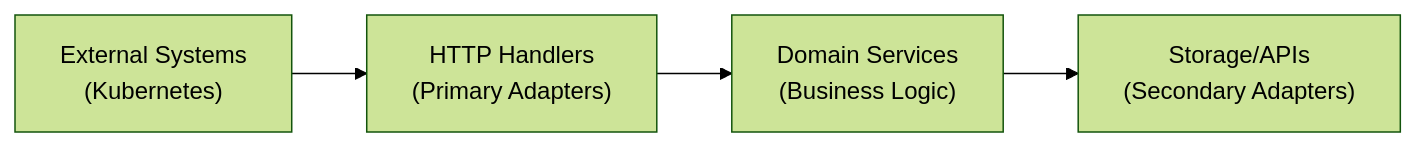
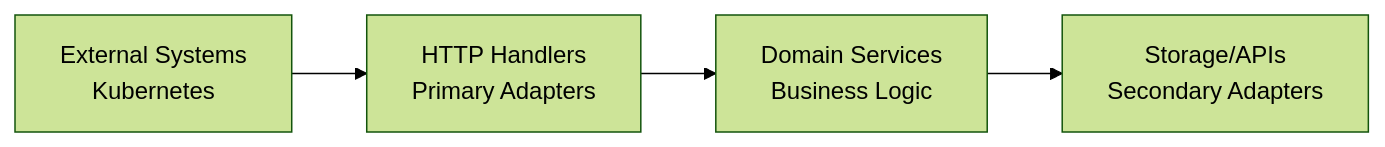
Before and after one commit to Cloudzero/cloudzero-agent: the diagram in app/handlers/README.md, drawn with Mermaid (forest theme). The commit also changed 25 other files, not shown here.

````diff
--- a/app/handlers/README.md
+++ b/app/handlers/README.md
@@ -7,7 +7,6 @@
 ```mermaid
 graph LR
-    A["External Systems<br/>(Kubernetes)"] -->
-    B["HTTP Handlers<br/>(Primary Adapters)"] -->
-    C["Domain Services<br/>(Business Logic)"] -->
-    D["Storage/APIs<br/>(Secondary Adapters)"]
+    A[External Systems<br/>Kubernetes] --> B[HTTP Handlers<br/>Primary Adapters]
+    B --> C[Domain Services<br/>Business Logic]
+    C --> D[Storage/APIs<br/>Secondary Adapters]
 ```
````
